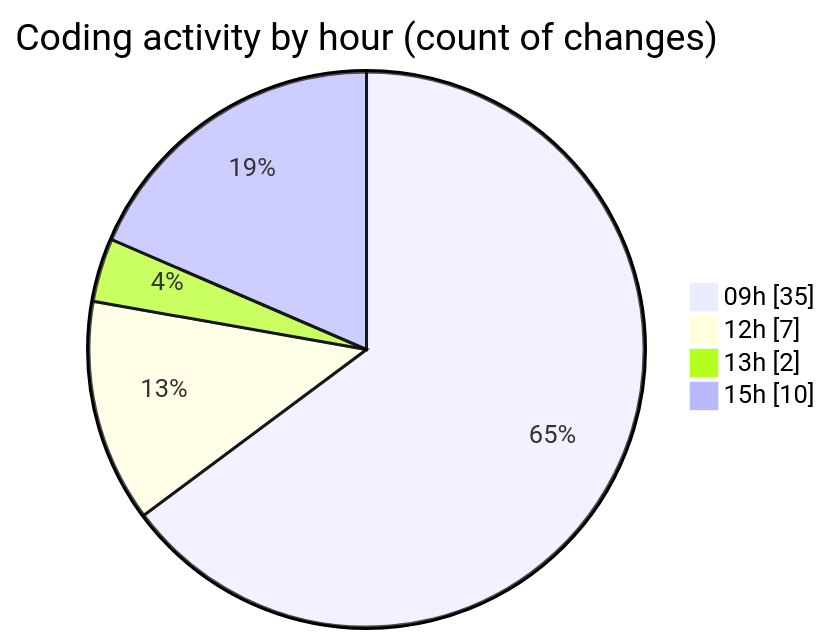
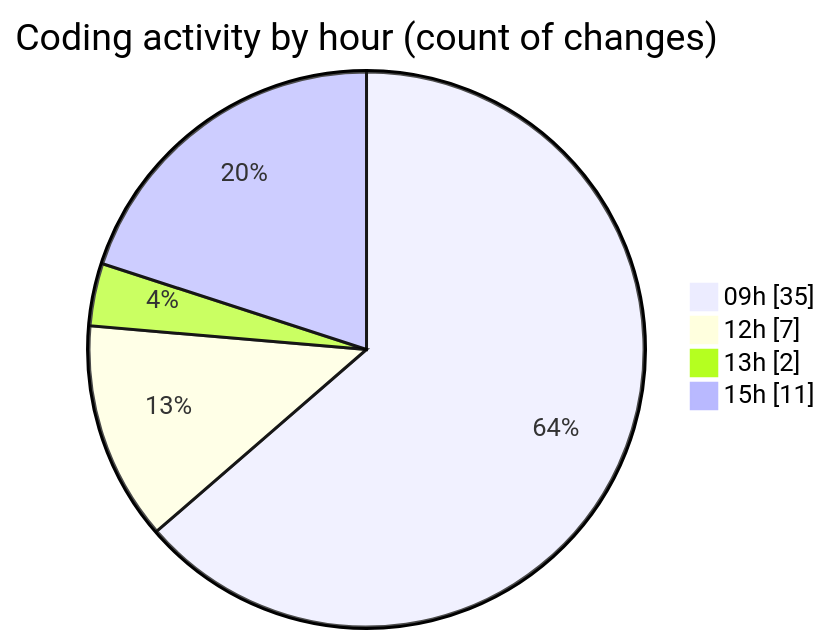
Before and after one commit to momahboobian/code-tracking: the second of 2 diagrams in 2026-06-11/cda/README.md, drawn with Mermaid. The commit also changed other lines of this file and 1 other file, not shown here.

````diff
--- a/2026-06-11/cda/README.md
+++ b/2026-06-11/cda/README.md
@@ -66,8 +66,8 @@
 ```mermaid
 pie showData
 title Coding activity by hour (count of changes)
 "09h" : 35
 "12h" : 7
 "13h" : 2
-"15h" : 10
+"15h" : 11
 ```
````
